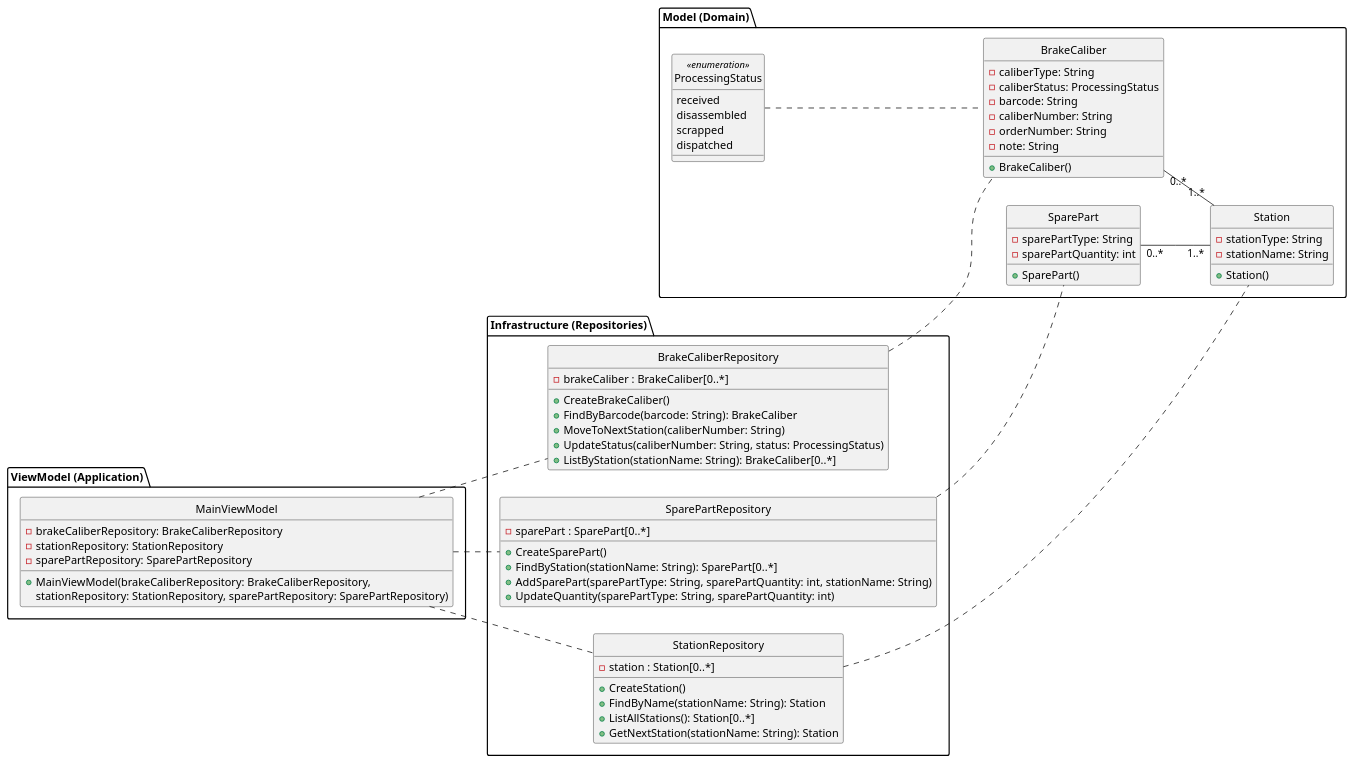
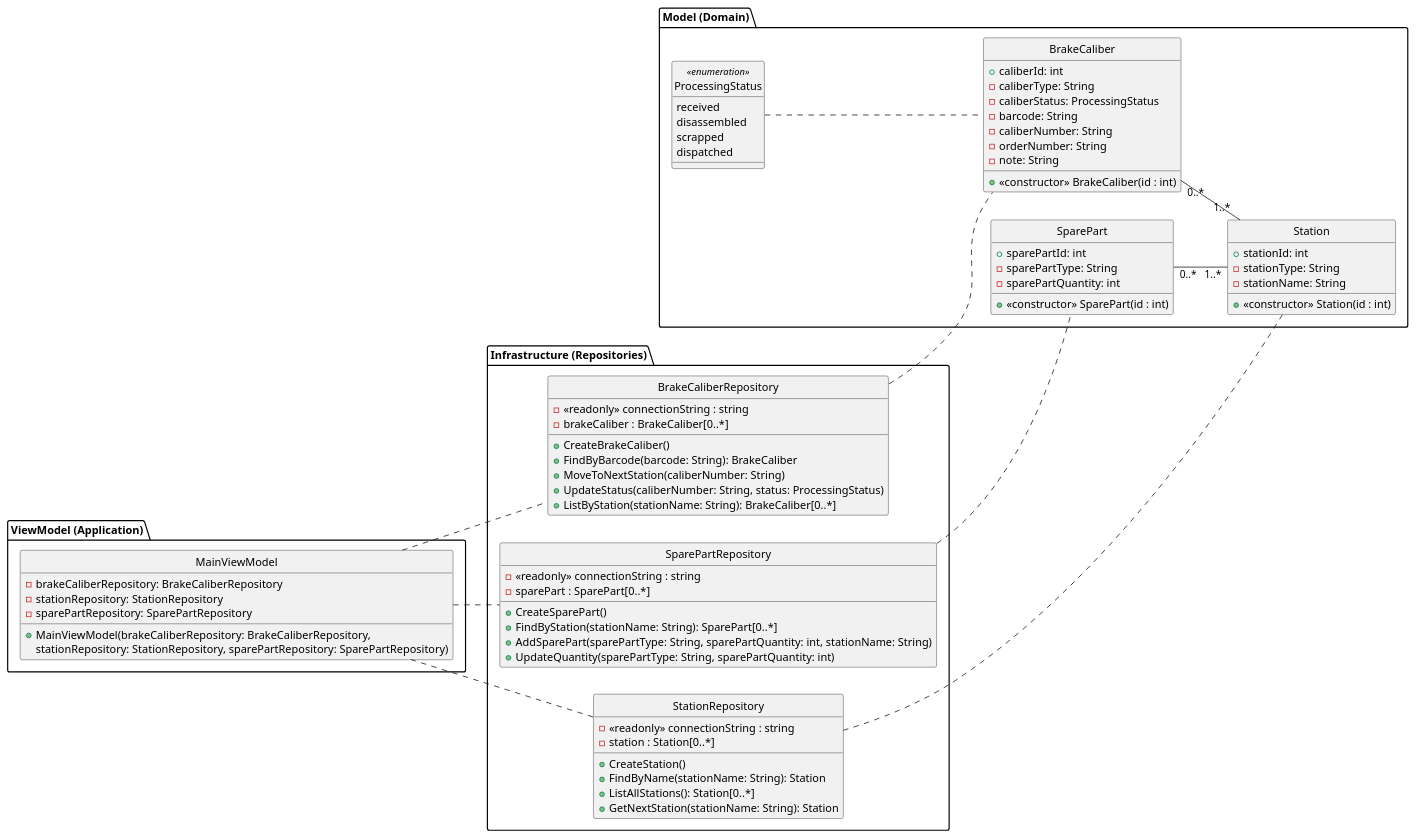
Before and after one commit to senan2315/Team-5A-Budweg: the diagram in Informationsartefakter/Designklassediagram(DCD).plantuml, drawn with PlantUML.

Commit message:
DCD opdateret 3 udkast - ift. database modellering

```diff
--- a/Informationsartefakter/Designklassediagram(DCD).plantuml
+++ b/Informationsartefakter/Designklassediagram(DCD).plantuml
@@ -1,88 +1,94 @@
 @startuml - Design Class Diagram (DCD) Budweg
 left to right direction 
 
 package "ViewModel (Application)"{
     class MainViewModel {
         - brakeCaliberRepository: BrakeCaliberRepository
         - stationRepository: StationRepository
         - sparePartRepository: SparePartRepository
         + MainViewModel(brakeCaliberRepository: BrakeCaliberRepository,
         stationRepository: StationRepository, sparePartRepository: SparePartRepository)
     }
 }
 
 package "Infrastructure (Repositories)" {
     class BrakeCaliberRepository {
+        - «readonly» connectionString : string
         - brakeCaliber : BrakeCaliber[0..*]
         + CreateBrakeCaliber()
         + FindByBarcode(barcode: String): BrakeCaliber
         + MoveToNextStation(caliberNumber: String)
         + UpdateStatus(caliberNumber: String, status: ProcessingStatus)
         + ListByStation(stationName: String): BrakeCaliber[0..*]
 
     }
     class StationRepository {
-            - station : Station[0..*] 
-            + CreateStation()
+        - «readonly» connectionString : string
+        - station : Station[0..*] 
+        + CreateStation()
         + FindByName(stationName: String): Station
         + ListAllStations(): Station[0..*]
         + GetNextStation(stationName: String): Station
     }
     class SparePartRepository {
+        - «readonly» connectionString : string
         - sparePart : SparePart[0..*]
         + CreateSparePart()
         + FindByStation(stationName: String): SparePart[0..*]
         + AddSparePart(sparePartType: String, sparePartQuantity: int, stationName: String)
         + UpdateQuantity(sparePartType: String, sparePartQuantity: int)
     }
 }
 
 package "Model (Domain)" {
     class Station {
+        + stationId: int
         - stationType: String
         - stationName: String
-        + Station()
+        + «constructor» Station(id : int)
     }
 
     class BrakeCaliber {
+        + caliberId: int
         - caliberType: String
         - caliberStatus: ProcessingStatus
         - barcode: String
         - caliberNumber: String
         - orderNumber: String 
         - note: String
-        + BrakeCaliber() 
+        + «constructor» BrakeCaliber(id : int)
     }
 
     class ProcessingStatus <<enumeration>> {
         received
         disassembled
         scrapped
         dispatched
     }
 
     class SparePart{
+       + sparePartId: int
        - sparePartType: String
        - sparePartQuantity: int
-       + SparePart()
+       + «constructor» SparePart(id : int)
     }
 }
 
 
 
 MainViewModel .. StationRepository
 MainViewModel .. BrakeCaliberRepository
 MainViewModel .. SparePartRepository
 
 StationRepository .. Station
 BrakeCaliberRepository .. BrakeCaliber
 SparePartRepository .. SparePart
 
 BrakeCaliber "0..*" -- "1..*" Station
 ProcessingStatus .. BrakeCaliber
 SparePart "0..*" -- "1..*" Station
 
 
 hide circle
 
 @enduml
```
